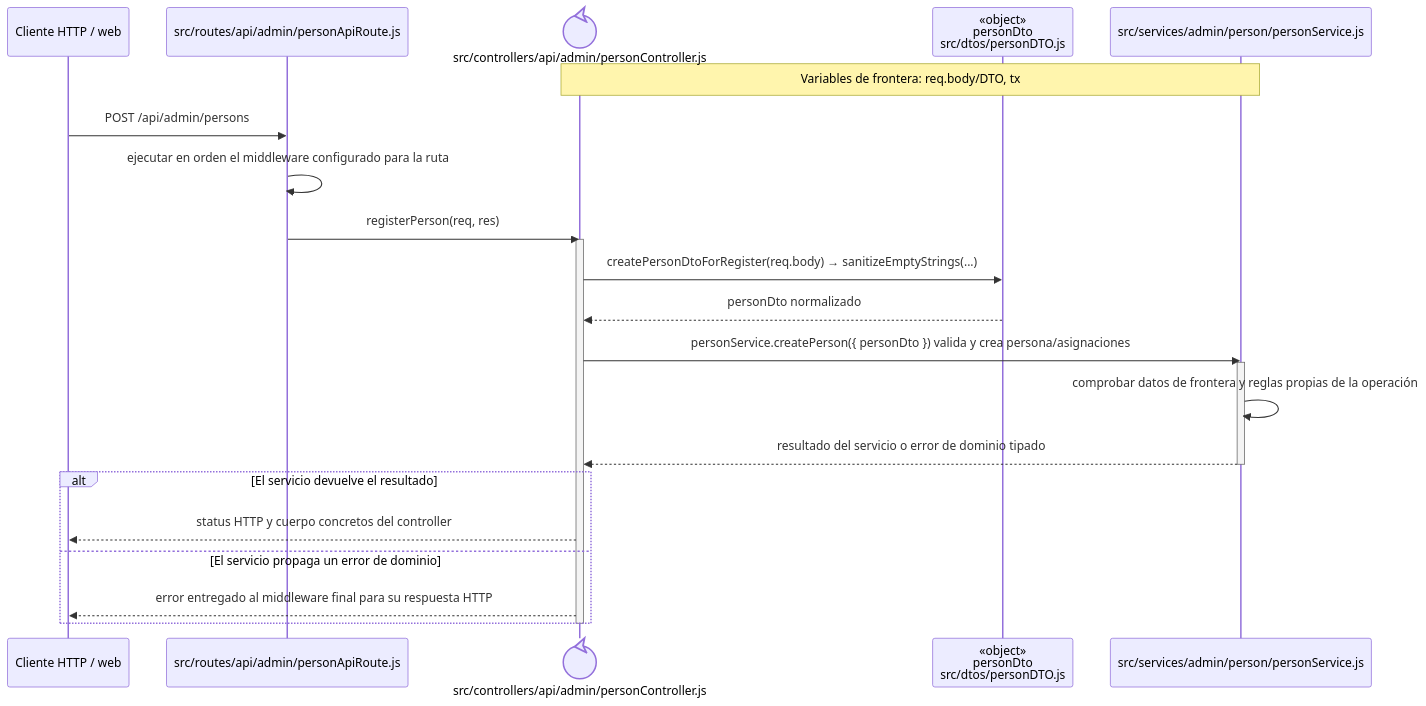
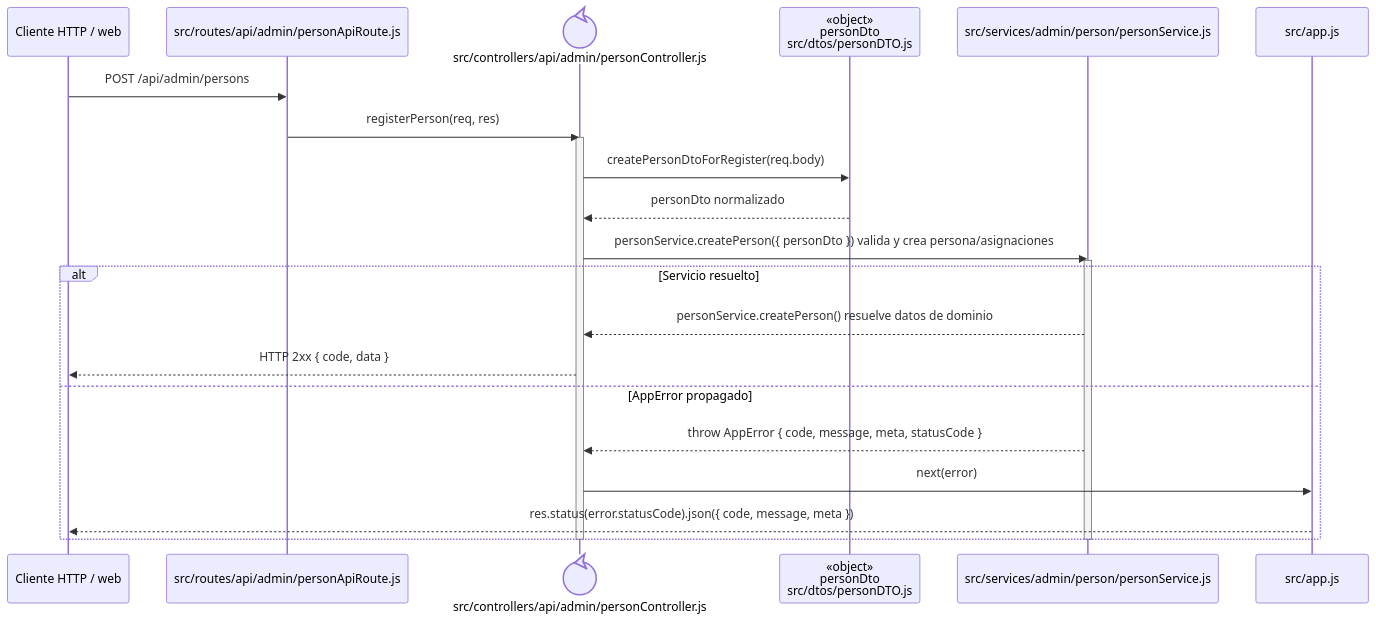
One commit to gpgsistemas01/nexus changed the diagram in docs/architecture/backend-code-sequences/identity-access/cu-ida-02.md. Above: the diagram before and after it, drawn with Mermaid. The commit also changed 148 other files, not shown here.

````diff
--- a/docs/architecture/backend-code-sequences/identity-access/cu-ida-02.md
+++ b/docs/architecture/backend-code-sequences/identity-access/cu-ida-02.md
@@ -6,27 +6,27 @@
 ```mermaid
 sequenceDiagram
     participant Client as Cliente HTTP / web
     participant Route as src/routes/api/admin/personApiRoute.js
     participant Controller@{ "type": "control" } as src/controllers/api/admin/personController.js
     participant PersonDto as «object»<br/>personDto<br/>src/dtos/personDTO.js
     participant Domain as src/services/admin/person/personService.js
-    Note over Controller,Domain: Variables de frontera: req.body/DTO, tx
+    participant ErrorHandler as src/app.js
 
     Client->>Route: POST /api/admin/persons
-    Route->>Route: ejecutar en orden el middleware configurado para la ruta
     Route->>Controller: registerPerson(req, res)
     activate Controller
-    Controller->>PersonDto: createPersonDtoForRegister(req.body) → sanitizeEmptyStrings(...)
+    Controller->>PersonDto: createPersonDtoForRegister(req.body)
     PersonDto-->>Controller: personDto normalizado
     Controller->>Domain: personService.createPerson({ personDto }) valida y crea persona/asignaciones
     activate Domain
-    Domain->>Domain: comprobar datos de frontera y reglas propias de la operación
-    Domain-->>Controller: resultado del servicio o error de dominio tipado
+    alt Servicio resuelto
+        Domain-->>Controller: personService.createPerson() resuelve datos de dominio
+        Controller-->>Client: HTTP 2xx { code, data }
+    else AppError propagado
+        Domain-->>Controller: throw AppError { code, message, meta, statusCode }
+        Controller->>ErrorHandler: next(error)
+        ErrorHandler-->>Client: res.status(error.statusCode).json({ code, message, meta })
+    end
     deactivate Domain
-    alt El servicio devuelve el resultado
-        Controller-->>Client: status HTTP y cuerpo concretos del controller
-    else El servicio propaga un error de dominio
-        Controller-->>Client: error entregado al middleware final para su respuesta HTTP
-    end
     deactivate Controller
 ```
````
